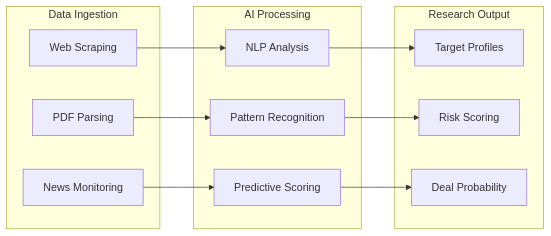
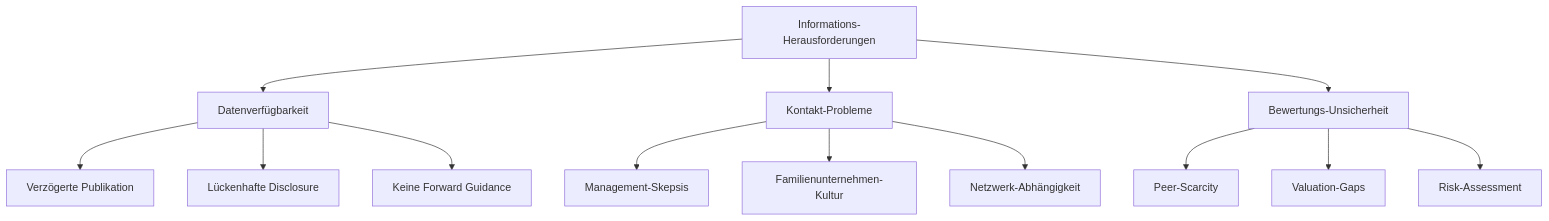
One commit to ProfDrT/investment-bank changed the tenth of 12 diagrams in 06b_Research_Private_Companies.md. Above: the diagram before and after it, drawn with Mermaid. The commit also changed other lines of this file, not shown here.

First line of the commit message:
feat: comprehensive rewrite of private company research document

````diff
--- a/06b_Research_Private_Companies.md
+++ b/06b_Research_Private_Companies.md
@@ -261,27 +497,18 @@
 ```mermaid
-flowchart LR
-  subgraph "Data Ingestion"
-    A["Web Scraping"]
-    B["PDF Parsing"]
-    C["News Monitoring"]
-  end
+flowchart TD
+  A["Informations-Herausforderungen"] --> B["Datenverfügbarkeit"]
+  A --> C["Kontakt-Probleme"]
+  A --> D["Bewertungs-Unsicherheit"]
   
-  subgraph "AI Processing"
-    D["NLP Analysis"]
-    E["Pattern Recognition"]
-    F["Predictive Scoring"]
-  end
+  B --> B1["Verzögerte Publikation"]
+  B --> B2["Lückenhafte Disclosure"]
+  B --> B3["Keine Forward Guidance"]
   
-  subgraph "Research Output"
-    G["Target Profiles"]
-    H["Risk Scoring"]
-    I["Deal Probability"]
-  end
+  C --> C1["Management-Skepsis"]
+  C --> C2["Familienunternehmen-Kultur"]
+  C --> C3["Netzwerk-Abhängigkeit"]
   
-  A --> D
-  B --> E
-  C --> F
-  D --> G
-  E --> H
-  F --> I
+  D --> D1["Peer-Scarcity"]
+  D --> D2["Valuation-Gaps"]
+  D --> D3["Risk-Assessment"]
 ```
````
